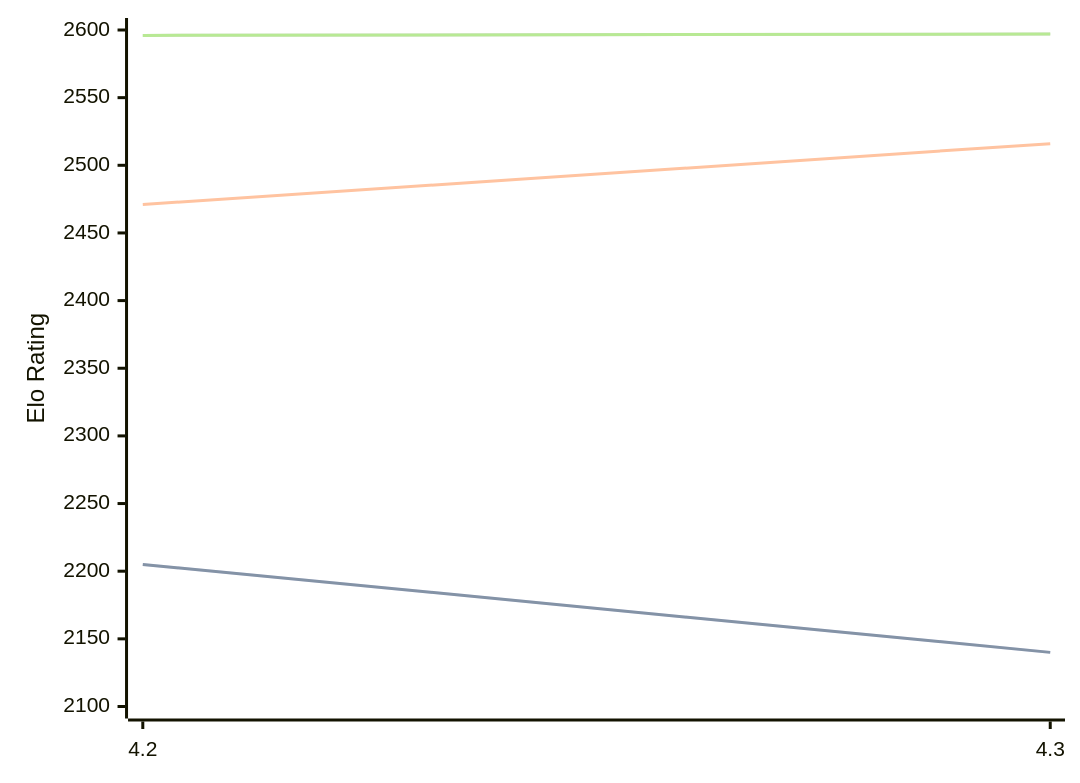
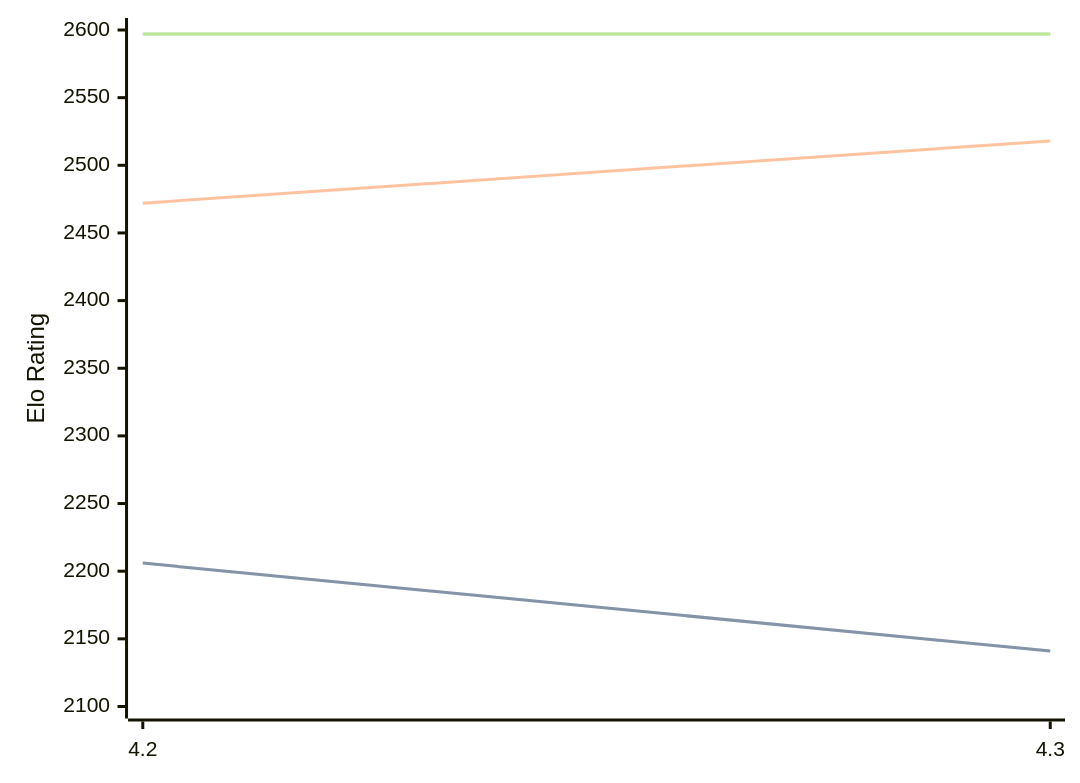
Before and after one commit to computer-chess-index/cci: the diagram in engines/Eubos.md, drawn with Mermaid. The commit also changed other lines of this file, not shown here.

Commit message:
Update CCI Ratings (ELO VLTC) - 2026-02-18

````diff
--- a/engines/Eubos.md
+++ b/engines/Eubos.md
@@ -85,11 +85,11 @@
 ```mermaid
 %%{init: {"theme":"base","themeVariables":{"seriesColors:['#a3a3a3','#222221','#faa371']}}}%%
 xychart-beta
   x-axis ["4.2", "4.3"]
   y-axis "Elo Rating" 2100 --> 2600
-  line "STC (8.0+0.08s)" [2205, 2140]
-  line "STC (8.0+0.08s)" [2205, 2140]
-  line "LTC (60.0+0.60s)" [2471, 2516]
-  line "VLTC (2m24s+1.12s)" [2596, 2597]
-  line "VLTC (2m24s+1.12s)" [2596, 2597]
+  line "STC (8.0+0.08s)" [2206, 2141]
+  line "STC (8.0+0.08s)" [2206, 2141]
+  line "LTC (60.0+0.60s)" [2472, 2518]
+  line "VLTC (2m24s+1.12s)" [2597, 2597]
+  line "VLTC (2m24s+1.12s)" [2597, 2597]
 ```
````
